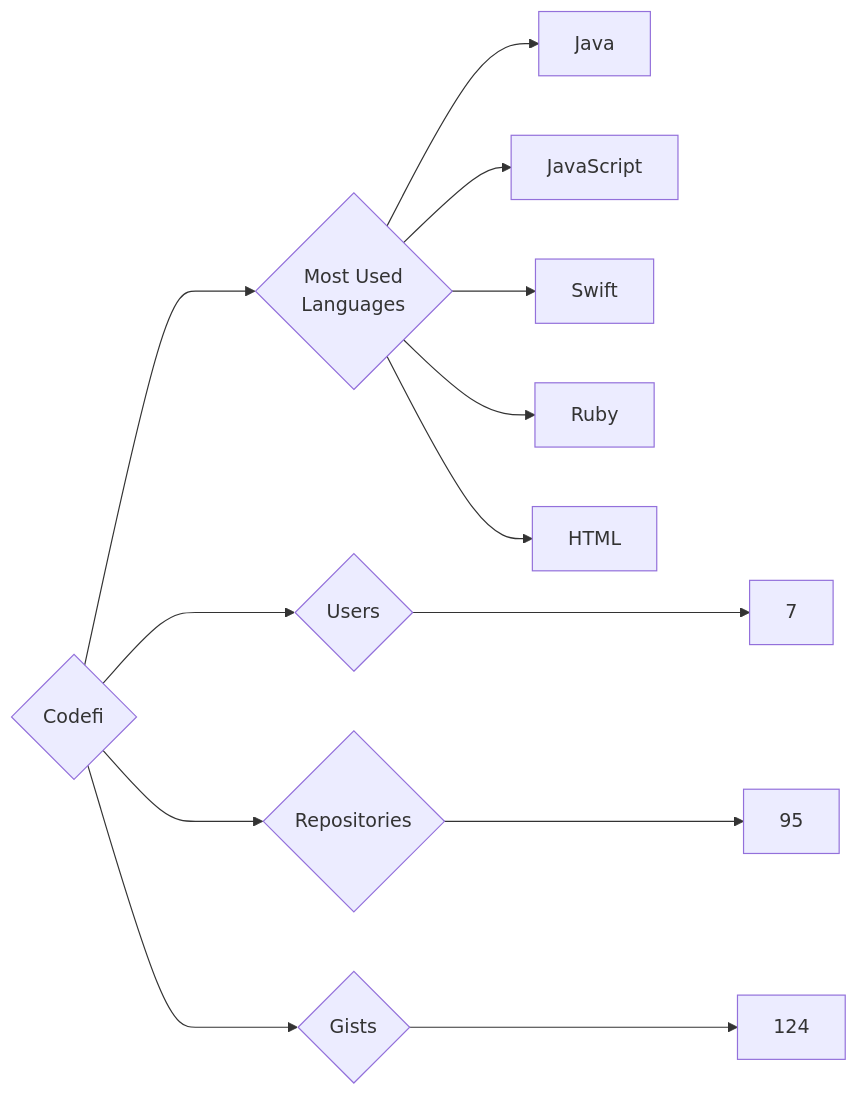
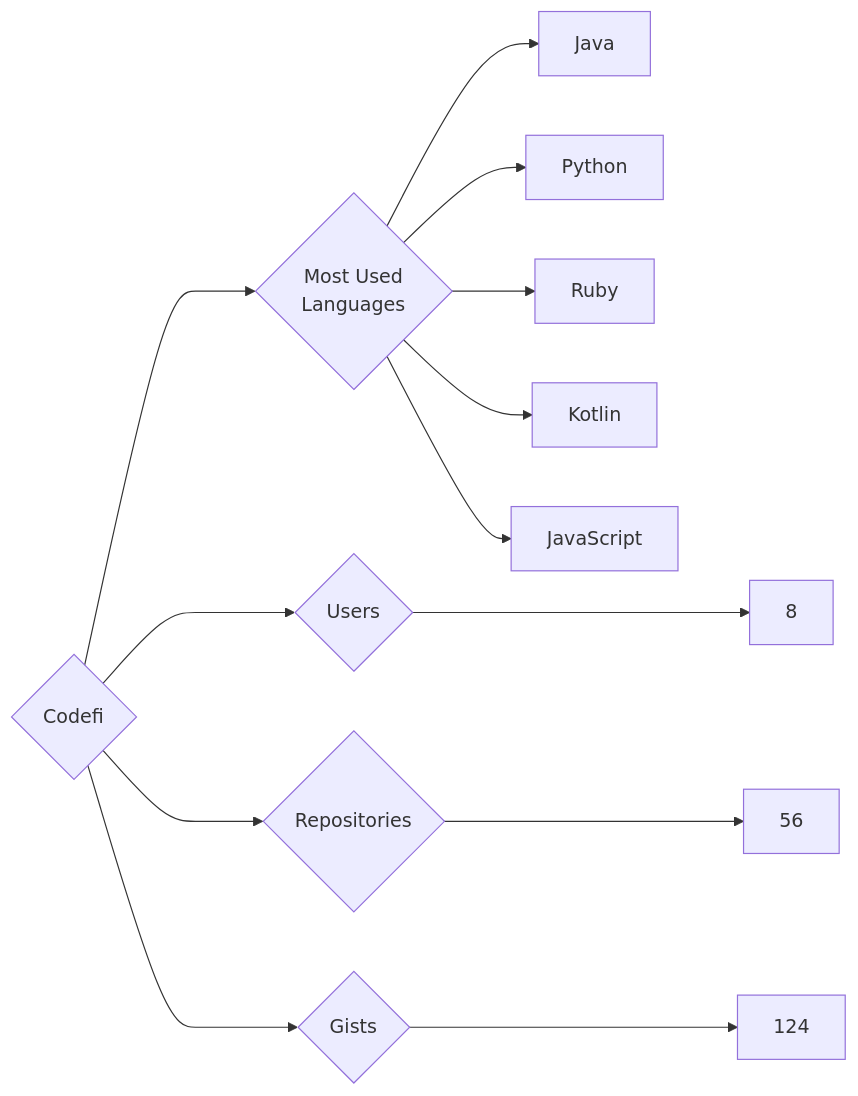
The diagram in targets/Codefi/README.md (trickest/insiders), drawn with Mermaid before and after one commit. The commit also changed 874 other files, not shown here.

````diff
--- a/targets/Codefi/README.md
+++ b/targets/Codefi/README.md
@@ -3,13 +3,13 @@
 ```mermaid
 graph LR
 COMPANY_NAME{Codefi}
-COMPANY_NAME ---> U{Users} ---> UN[7]
-COMPANY_NAME ---> R{Repositories} ---> RN[95]
+COMPANY_NAME ---> U{Users} ---> UN[8]
+COMPANY_NAME ---> R{Repositories} ---> RN[56]
 COMPANY_NAME ---> G{Gists} ---> GN[124]
 COMPANY_NAME ---> ML{Most Used<br>Languages}
 ML --> Java[Java]
+ML --> Python[Python]
+ML --> Ruby[Ruby]
+ML --> Kotlin[Kotlin]
 ML --> JavaScript[JavaScript]
-ML --> Swift[Swift]
-ML --> Ruby[Ruby]
-ML --> HTML[HTML]
 ```
````
